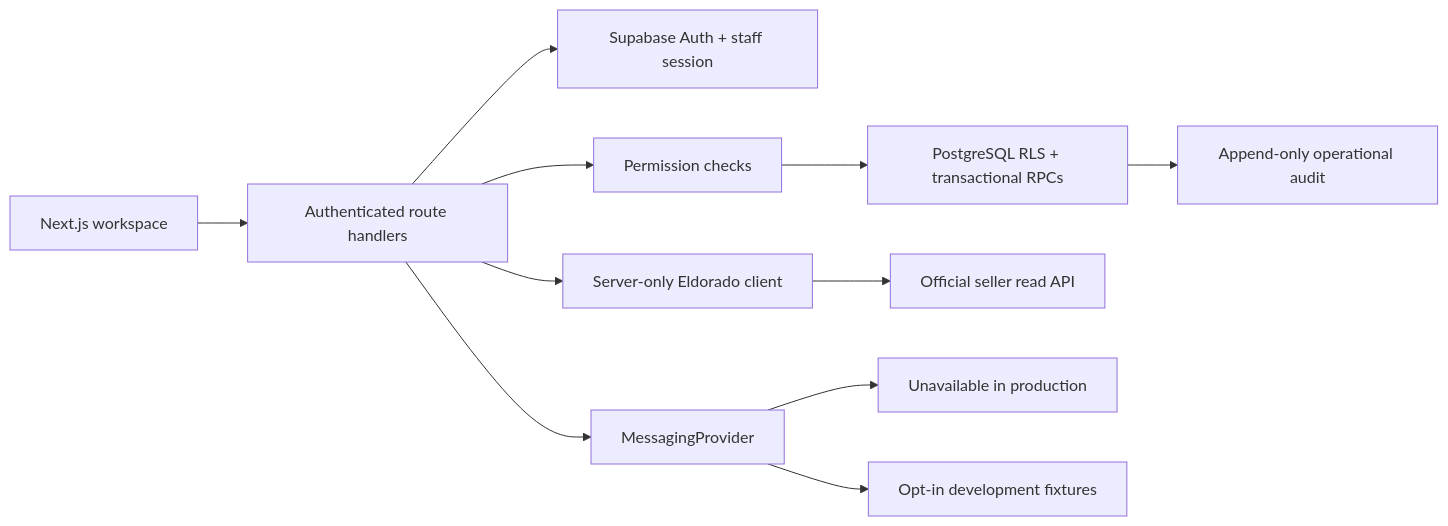
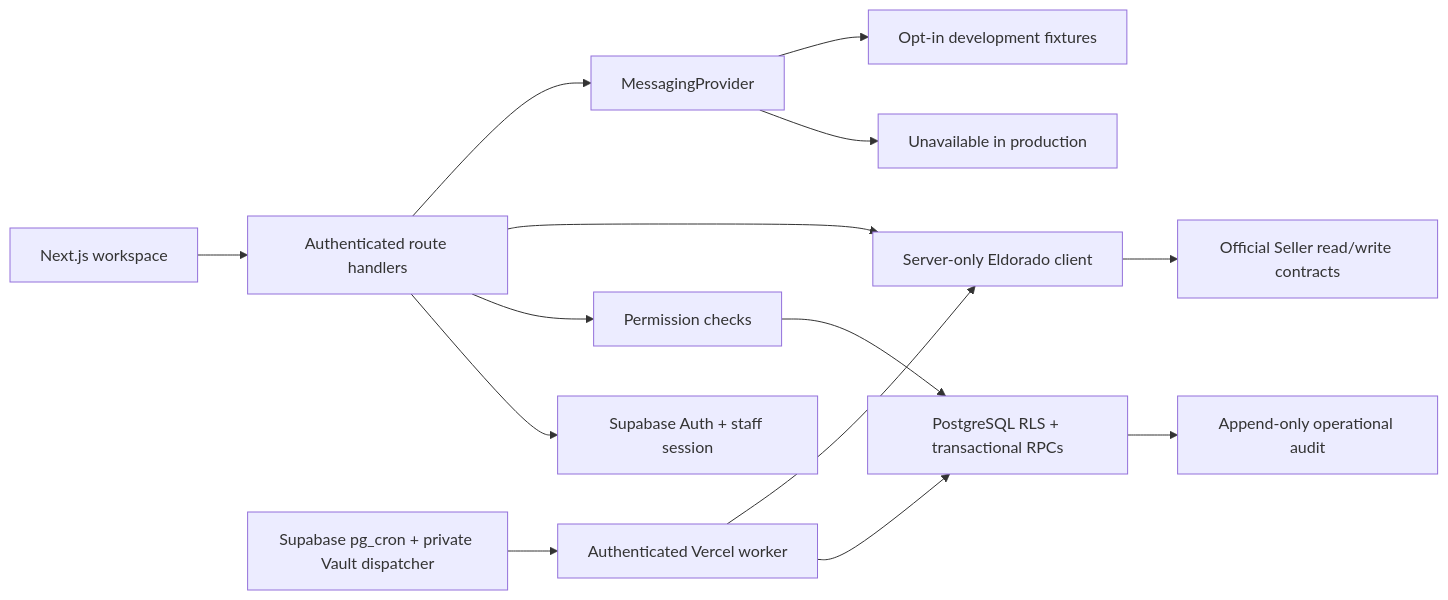
Before and after one commit to sesh33/gibiti: the diagram in docs/architecture.md, drawn with Mermaid. The commit also changed other lines of this file and 52 other files, not shown here.

````diff
--- a/docs/architecture.md
+++ b/docs/architecture.md
@@ -3,13 +3,16 @@
 ```mermaid
 flowchart LR
   UI[Next.js workspace] --> API[Authenticated route handlers]
   API --> Auth[Supabase Auth + staff session]
   API --> Permission[Permission checks]
   Permission --> SQL[PostgreSQL RLS + transactional RPCs]
   SQL --> Audit[Append-only operational audit]
   API --> Seller[Server-only Eldorado client]
-  Seller --> Read[Official seller read API]
+  Seller --> Read[Official Seller read/write contracts]
+  Cron[Supabase pg_cron + private Vault dispatcher] --> Worker[Authenticated Vercel worker]
+  Worker --> SQL
+  Worker --> Seller
   API --> Messaging[MessagingProvider]
   Messaging --> Blocked[Unavailable in production]
   Messaging --> Mock[Opt-in development fixtures]
 ```
````
